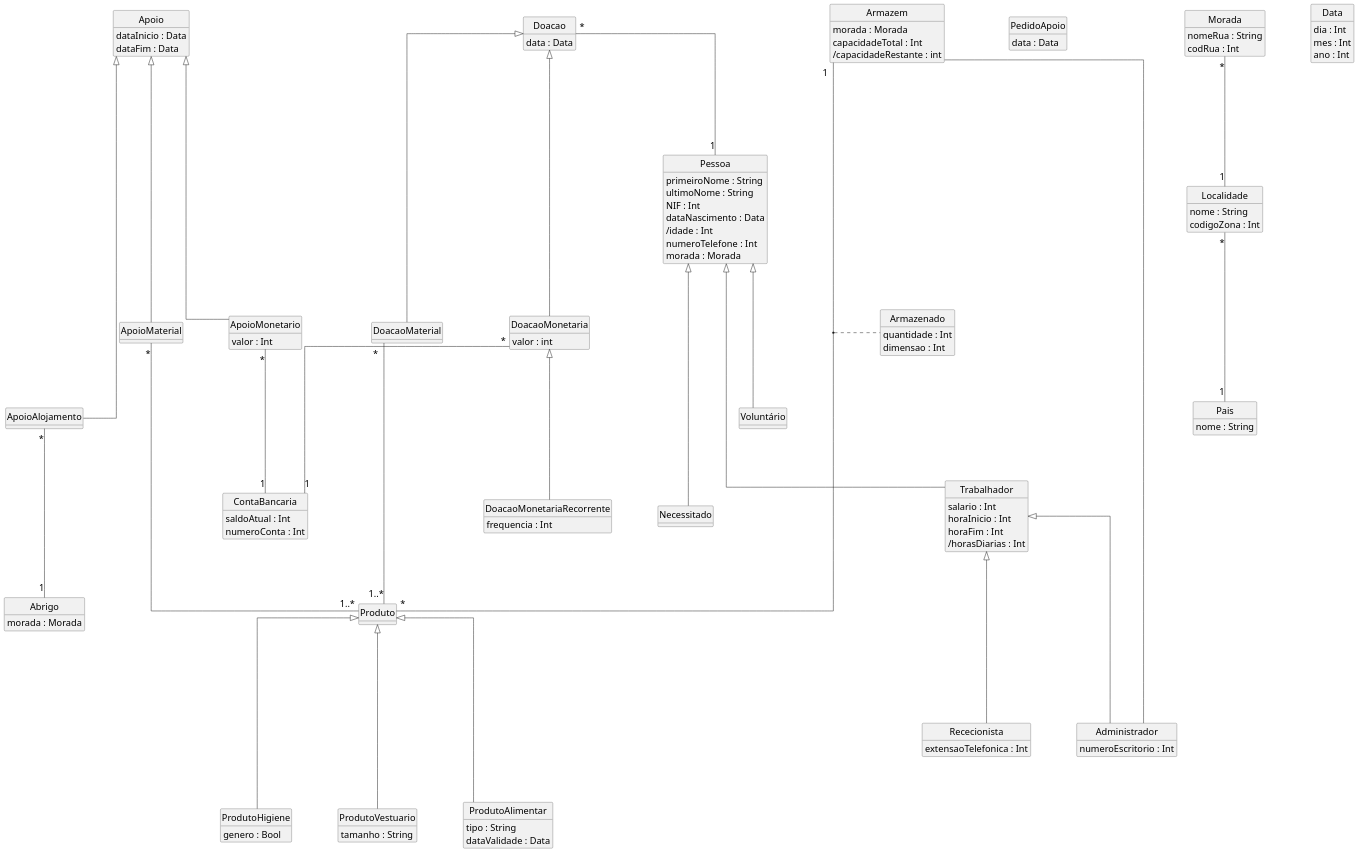
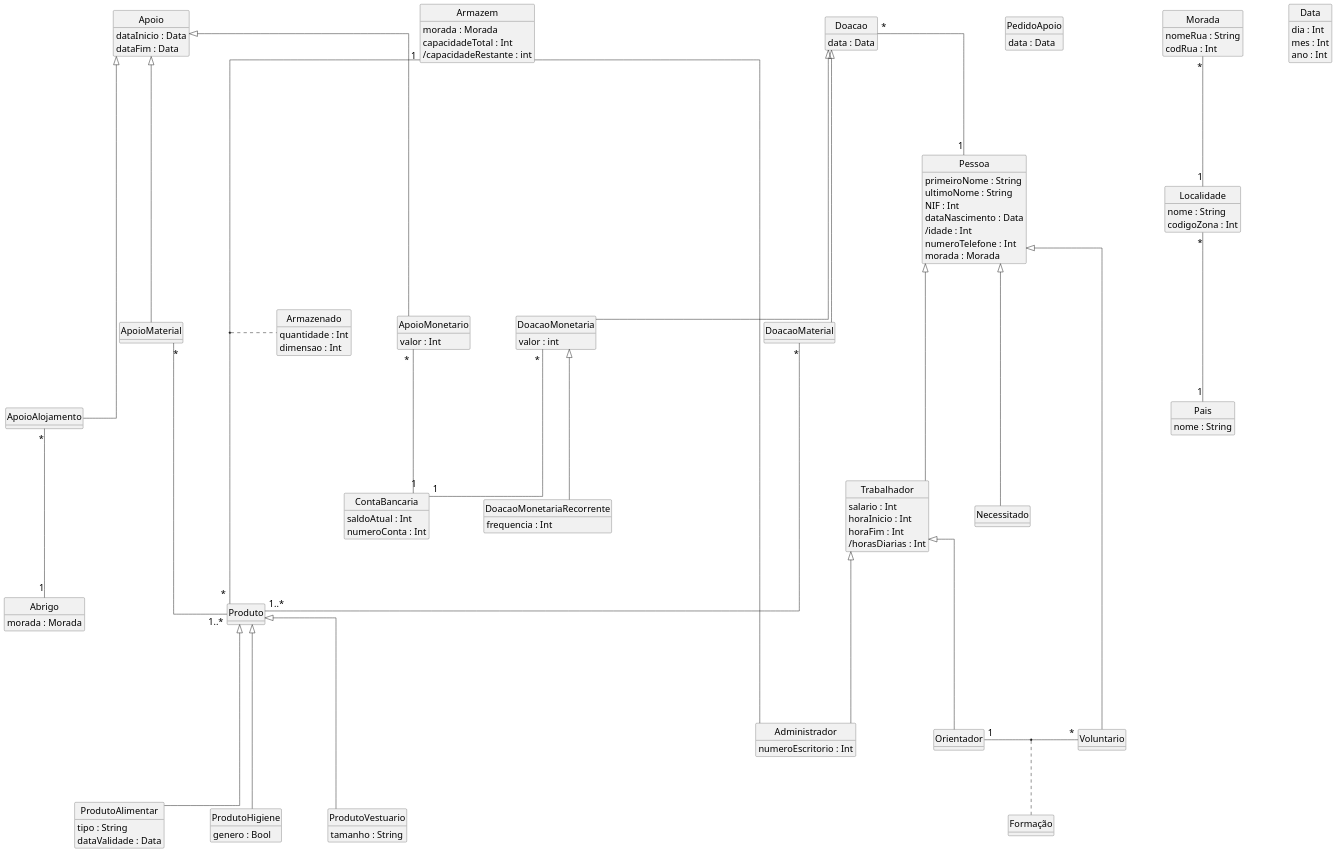
One commit to francisco-rente/FEUP-BDAD changed the diagram in Delivery_I/diagram.puml. Above: the diagram before and after it, drawn with PlantUML.

Commit message:
Improved diagram: replaced front desk worker with coach

```diff
--- a/Delivery_I/diagram.puml
+++ b/Delivery_I/diagram.puml
@@ -1,197 +1,199 @@
 @startuml
 skinparam linetype ortho
 skinparam monochrome true
 hide circle
 skinparam Shadowing False
 skinparam nodesep 100
 skinparam ranksep 100
 skinparam DefaultFontSize 20
 hide empty methods
 
 class Pessoa {
     primeiroNome : String
     ultimoNome : String
     NIF : Int
     dataNascimento : Data
     /idade : Int
     numeroTelefone : Int
     morada : Morada
 }
 
 class Trabalhador {
     salario : Int
     horaInicio : Int
     horaFim : Int
     /horasDiarias : Int
 }
 
 class Administrador {
     numeroEscritorio : Int
 }
 
-class Rececionista {
-    extensaoTelefonica : Int
-}
+class Orientador {}
 
 class Necessitado {}
 
 class Apoio {
     dataInicio : Data
     dataFim : Data
 }
 
 class ApoioMonetario {
     valor : Int
 }
 
 class ApoioMaterial {}
 
 class ApoioAlojamento {}
 
 class Doacao {
     data : Data
 }
 
 class DoacaoMaterial {}
 
 class DoacaoMonetaria {
     valor : int
 }
 
 class Produto {}
 
 class ProdutoAlimentar {
     tipo : String
     dataValidade : Data
 }
 
 class ProdutoHigiene {
     genero : Bool
 }
 
 class ProdutoVestuario {
     tamanho : String
 }
 
 class Armazem {
     morada : Morada
     capacidadeTotal : Int
     /capacidadeRestante : int
 }
 
 class Abrigo {
     morada : Morada
 }
 
 class DoacaoMonetariaRecorrente {
     frequencia : Int
 }
 
 class ContaBancaria {
     saldoAtual : Int
     numeroConta : Int
 }
 
 class Armazenado {
     quantidade : Int
     dimensao : Int
 }
 
 class PedidoApoio {
     data : Data
 }
 
 class Morada {
     nomeRua : String
     codRua : Int
 }
 
 class Localidade {
     nome : String
     codigoZona : Int
 }
 
 class Pais {
     nome : String
 }
 
 class Data {
     dia : Int
     mes : Int
     ano : Int
 }
 
 'Diferentes pessoas'
 Pessoa <|---- Trabalhador
-Pessoa <|--- Voluntário
+Pessoa <|--- Voluntario
 Pessoa <|---- Necessitado
 
 'Diferentes trabalhadores'
 Trabalhador <|---- Administrador
-Trabalhador <|---- Rececionista
+Trabalhador <|---- Orientador
 
 'Diferentes doações'
 Doacao <|---- DoacaoMaterial
 Doacao <|---- DoacaoMonetaria
 
 'Diferentes apoios'
 Apoio <|---- ApoioMonetario
 Apoio <|---- ApoioMaterial
 Apoio <|----- ApoioAlojamento
 
 'Diferentes produtos'
 Produto <|---- ProdutoAlimentar
 Produto <|---- ProdutoHigiene
 Produto <|---- ProdutoVestuario
+
+'Diferentes funções'
+Orientador "1" - "*" Voluntario
+(Orientador, Voluntario) ... Formação
 
 'Doar'
 Doacao "*" --- "1" Pessoa
 DoacaoMaterial "*" ---- "1..*" Produto
 DoacaoMonetaria <|--- DoacaoMonetariaRecorrente
 
 'Receber'
 ApoioMaterial "*" ---- "1..*" Produto
 
 'Alojamento'
 ApoioAlojamento "*" --- "1" Abrigo
 
 'Movimentos de conta'
 DoacaoMonetaria "*" --- "1" ContaBancaria
 ApoioMonetario "*" --- "1" ContaBancaria
 
 'Armazem'
 Armazem "1" ---- "*" Produto
 (Armazem,Produto) .... Armazenado
 Armazem --- Administrador
 
 'Geografico'
 Morada "*" --- "1" Localidade
 Localidade "*" --- "1" Pais
 
 
 /'
 Dúvidas:
     1. Pedidos de apoio, como representar?
     2. Beneficiários de apoio, como representar?
     3. Doação/Apoio monetário: atributo vs associação?
     4. Doação recorrente? Como definir frequência?  
 '/
 
 /'
 Ideias:
     1. Apoios de saúde/psicológicos?
 '/
 
 'Apoio --- Necessitado'
 /'PedidoApoio --- Necessitado
 PedidoApoio --- Administrador
 class ApoioSaude {}
 class ApoioPsicologico {}
 class Medico {}
 class Psicologo {}
 Apoio <|-- ApoioSaude
 ApoioSaude <|-- ApoioPsicologico
 Trabalhador <|-- Medico
 Medico <|-- Psicologo
 Psicologo "1" - "*" ApoioPsicologico'/
 @enduml
```
